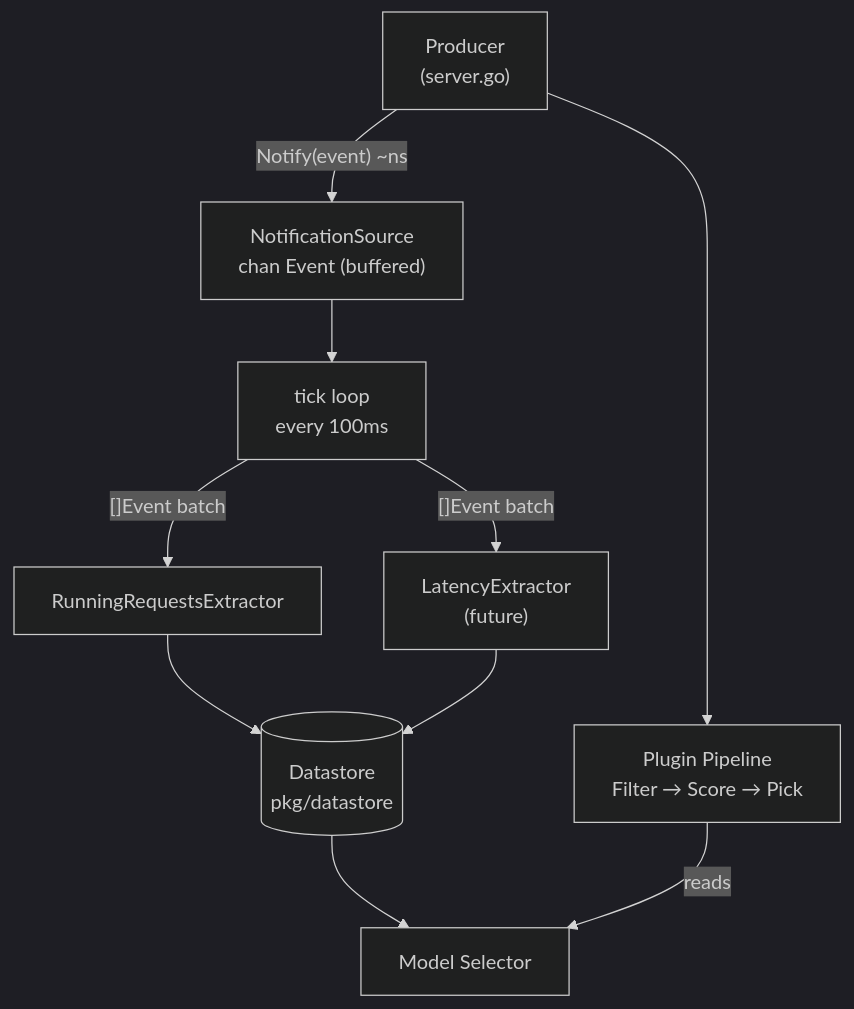
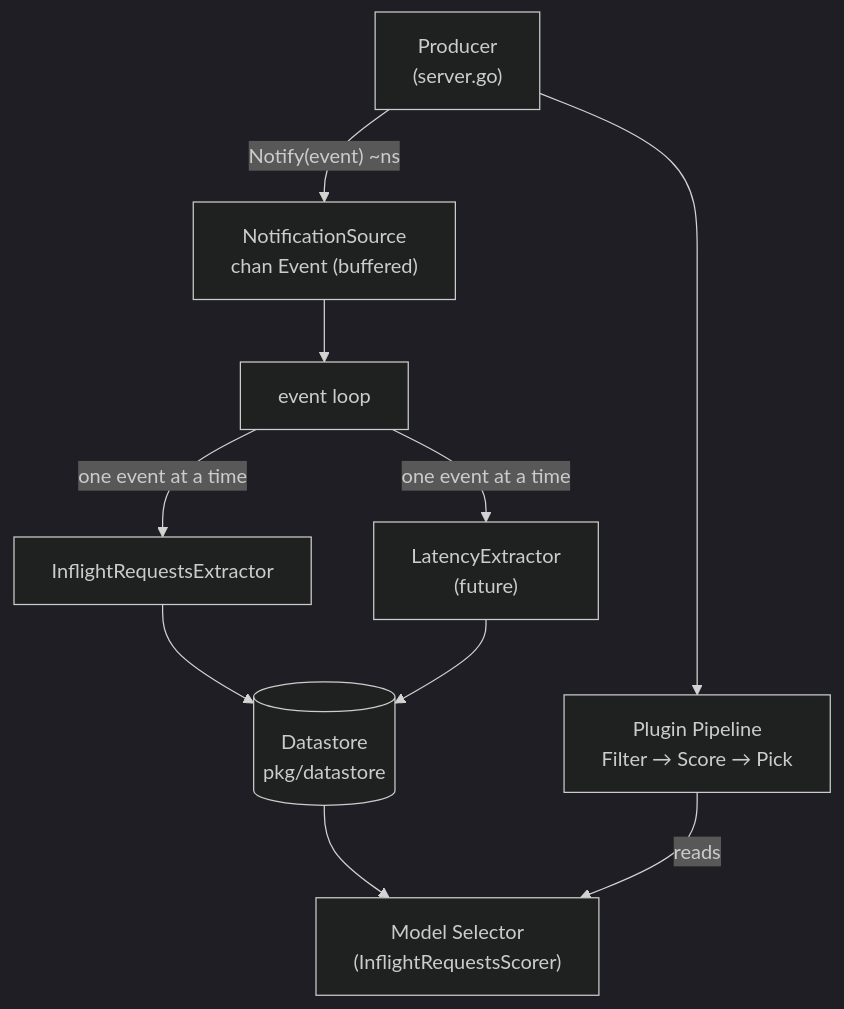
Before and after one commit to ronenkat/llm-d-inference-payload-processor: the diagram in docs/proposals/data-layer-proposal/README.md, drawn with Mermaid (dark theme). The commit also changed other lines of this file, not shown here.

````diff
--- a/docs/proposals/data-layer-proposal/README.md
+++ b/docs/proposals/data-layer-proposal/README.md
@@ -29,21 +29,21 @@
 ```mermaid
 flowchart TD
     P["Producer\n(server.go)"]
     PP["Plugin Pipeline\nFilter → Score → Pick"]
     NS["NotificationSource\nchan Event  (buffered)"]
-    TL["tick loop\nevery 100ms"]
-    ExtA["RunningRequestsExtractor"]
+    EL["event loop"]
+    ExtA["InflightRequestsExtractor"]
     ExtB["LatencyExtractor\n(future)"]
     DS[("Datastore\npkg/datastore")]
-    MS["Model Selector"]
+    MS["Model Selector\n(InflightRequestsScorer)"]
 
     P -->|"Notify(event)  ~ns"| NS
     P --> PP
-    NS --> TL
-    TL -->|"[]Event batch"| ExtA
-    TL -->|"[]Event batch"| ExtB
+    NS --> EL
+    EL -->|"one event at a time"| ExtA
+    EL -->|"one event at a time"| ExtB
     ExtA --> DS
     ExtB --> DS
     DS --> MS
     PP -->|reads| MS
 ```
````
